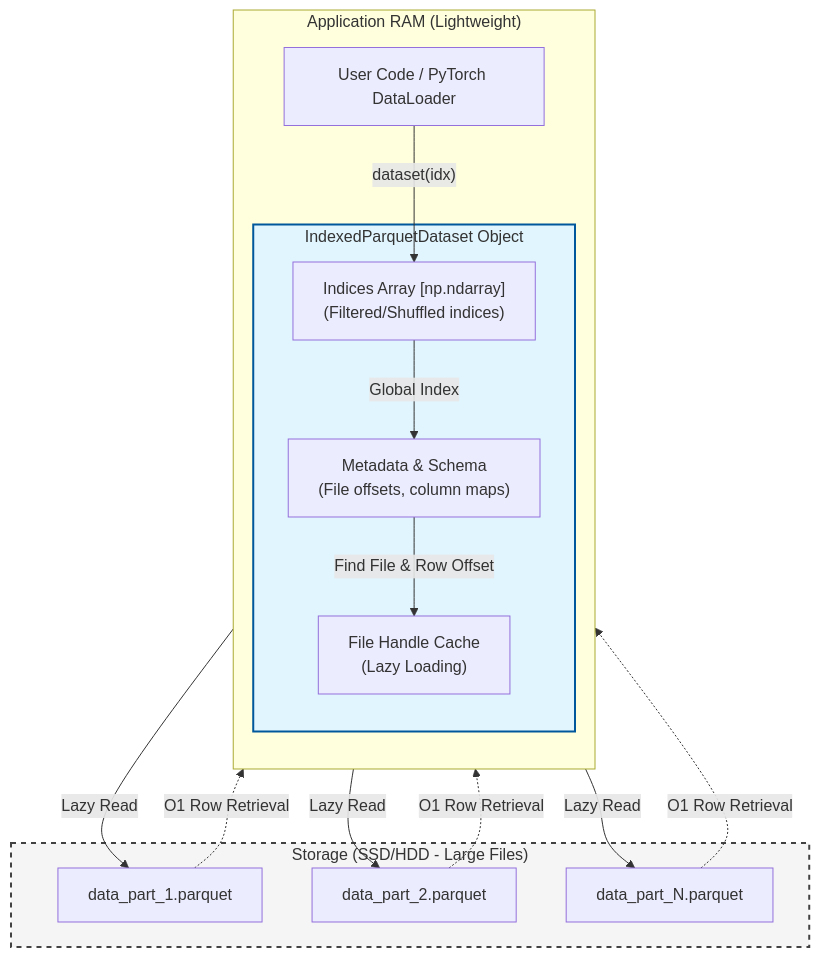
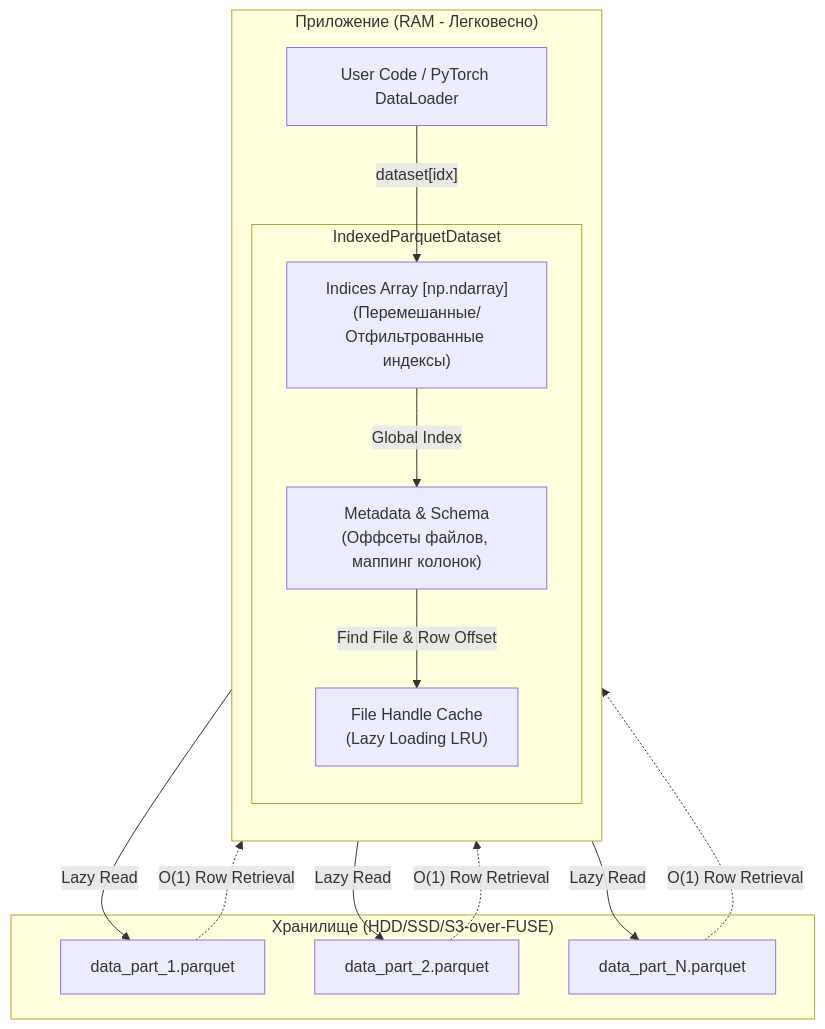
The diagram in README.md (Laeryid/indexed-parquet-dataset), drawn with Mermaid before and after one commit. The commit also changed other lines of this file and 23 other files, not shown here.

````diff
--- a/README.md
+++ b/README.md
@@ -22,32 +32,29 @@
 ```mermaid
 graph TD
-    subgraph RAM ["Application RAM (Lightweight)"]
+    subgraph RAM ["Приложение (RAM - Легковесно)"]
         direction TB
-        subgraph DS ["IndexedParquetDataset Object"]
-            Indices["Indices Array [np.ndarray]<br/>(Filtered/Shuffled indices)"]
-            Meta["Metadata & Schema<br/>(File offsets, column maps)"]
-            Cache["File Handle Cache<br/>(Lazy Loading)"]
+        subgraph DS ["IndexedParquetDataset"]
+            Indices["Indices Array [np.ndarray]<br/>(Перемешанные/Отфильтрованные индексы)"]
+            Meta["Metadata & Schema<br/>(Оффсеты файлов, маппинг колонок)"]
+            Cache["File Handle Cache<br/>(Lazy Loading LRU)"]
         end
         
-        User["User Code / PyTorch DataLoader"] -- "dataset(idx)" --> Indices
+        User["User Code / PyTorch DataLoader"] -- "dataset[idx]" --> Indices
         Indices -- "Global Index" --> Meta
         Meta -- "Find File & Row Offset" --> Cache
     end
     
-    subgraph Storage ["Storage (SSD/HDD - Large Files)"]
+    subgraph Storage ["Хранилище (HDD/SSD/S3-over-FUSE)"]
         F1["data_part_1.parquet"]
         F2["data_part_2.parquet"]
         FN["data_part_N.parquet"]
     end
     
     Cache -- "Lazy Read" --> F1
     Cache -- "Lazy Read" --> F2
     Cache -- "Lazy Read" --> FN
     
-    F1 -. "O1 Row Retrieval" .-> User
-    F2 -. "O1 Row Retrieval" .-> User
-    FN -. "O1 Row Retrieval" .-> User
-
-    style DS fill:#e1f5fe,stroke:#01579b,stroke-width:2px
-    style Storage fill:#f5f5f5,stroke:#424242,stroke-width:2px,stroke-dasharray: 5 5
+    F1 -. "O(1) Row Retrieval" .-> User
+    F2 -. "O(1) Row Retrieval" .-> User
+    FN -. "O(1) Row Retrieval" .-> User
 ```
````
